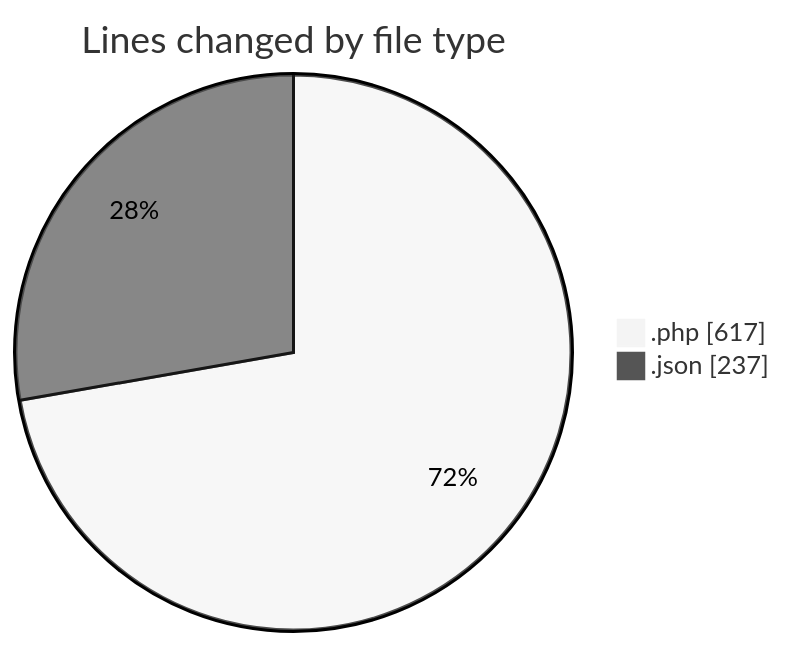
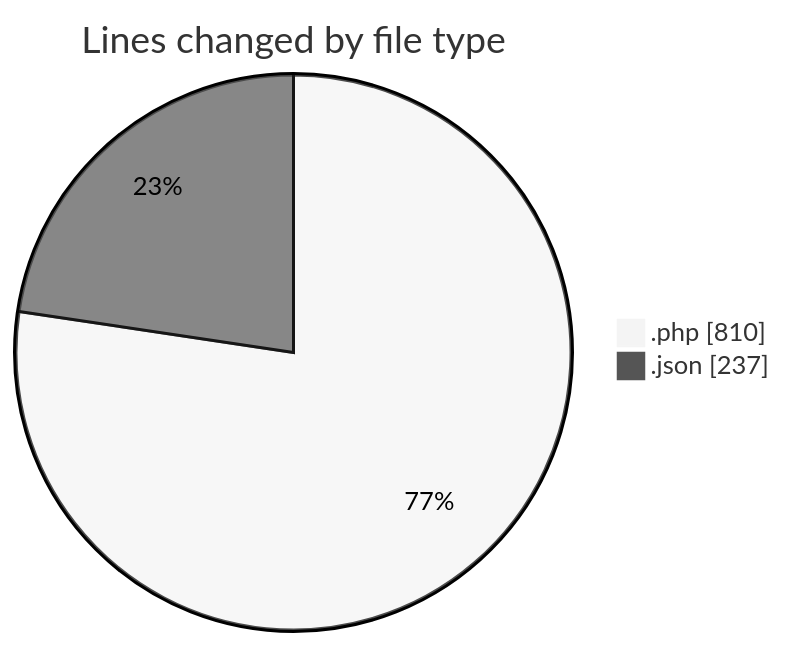
One commit to idhammustaqopulfikri/code-tracking changed the first of 2 diagrams in 2025-06-15/studio-backend/README.md. Above: the diagram before and after it, drawn with Mermaid (neutral theme). The commit also changed other lines of this file and 1 other file, not shown here.

````diff
--- a/2025-06-15/studio-backend/README.md
+++ b/2025-06-15/studio-backend/README.md
@@ -28,6 +29,6 @@
 ```mermaid
 pie showData
 title Lines changed by file type
-".php" : 617
+".php" : 810
 ".json" : 237
 ```
````
